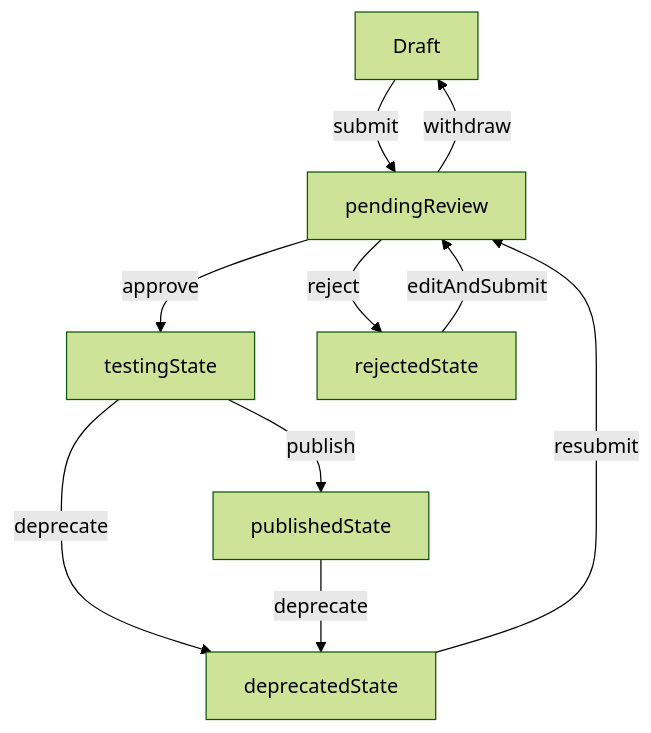
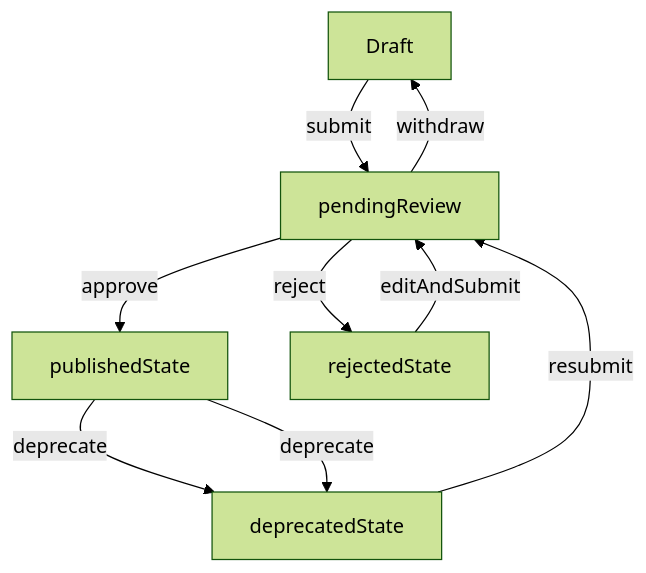
The first of 2 diagrams in docs/frontend-menu-process-molecular-spec.md (WangDiGua/LantuConnect-Frontend), drawn with Mermaid (forest theme) before and after one commit. The commit also changed other lines of this file and 37 other files, not shown here.

Commit message:
feat(frontend): finalize resource registration and usage flows

````diff
--- a/docs/frontend-menu-process-molecular-spec.md
+++ b/docs/frontend-menu-process-molecular-spec.md
@@ -171,12 +170,11 @@
 ```mermaid
 flowchart TD
     draftState[Draft] -->|submit| pendingReview
-    pendingReview -->|approve| testingState
+    pendingReview -->|approve| publishedState
     pendingReview -->|reject| rejectedState
     pendingReview -->|withdraw| draftState
-    testingState -->|publish| publishedState
-    testingState -->|deprecate| deprecatedState
+    publishedState -->|deprecate| deprecatedState
     publishedState -->|deprecate| deprecatedState
     rejectedState -->|editAndSubmit| pendingReview
     deprecatedState -->|resubmit| pendingReview
 ```
````
